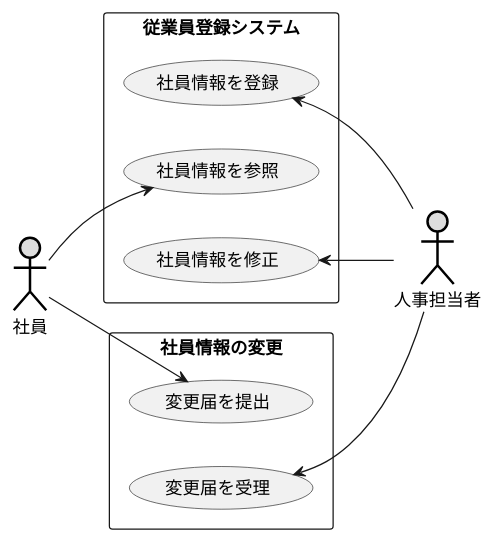
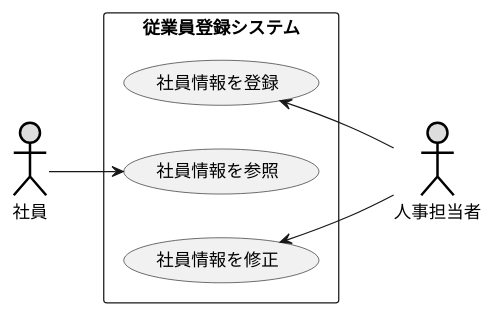
One commit to TTaKesAwA/uml-intro changed the diagram in 演習2-6_盛岡システム_従業員登録システム.pu. Above: the diagram before and after it, drawn with PlantUML. The commit also changed 3 other files, not shown here.

```diff
--- a/演習2-6_盛岡システム_従業員登録システム.pu
+++ b/演習2-6_盛岡システム_従業員登録システム.pu
@@ -1,19 +1,16 @@
 @startuml 従業員登録システム
 left to right direction
 actor 社員#DDDDDD;line:Black;line.bold;
 actor 人事担当者#DDDDDD;line:Black;line.bold;
 rectangle 従業員登録システム {
     usecase 社員情報を登録
     usecase 社員情報を参照
     usecase 社員情報を修正
 }
-rectangle 社員情報の変更{
-usecase 変更届を提出
-usecase 変更届を受理
-}
+
 社員情報を登録 <-- 人事担当者
-社員 --> 変更届を提出
+
 社員 --> 社員情報を参照
-変更届を受理 <-- 人事担当者
+
 社員情報を修正 <-- 人事担当者
 @enduml
```
